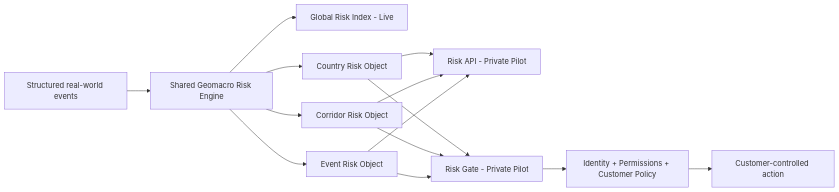
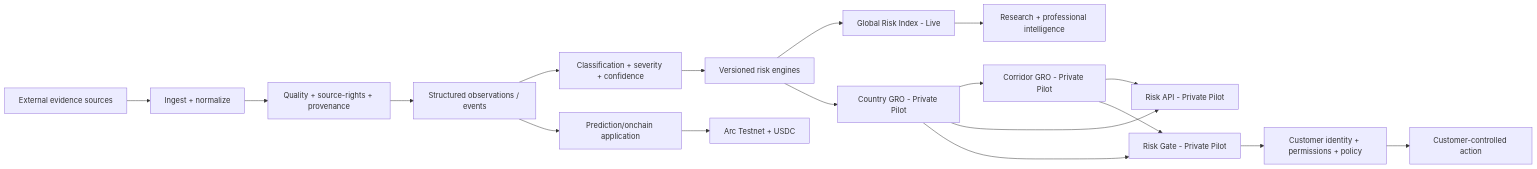
One commit to blocknine0/geomacro changed the first of 2 diagrams in README.md. Above: the diagram before and after it, drawn with Mermaid. The commit also changed other lines of this file, not shown here.

````diff
--- a/README.md
+++ b/README.md
@@ -106,16 +88,24 @@
 ```mermaid
 graph LR;
-    EVENTS["Structured real-world events"] --> ENGINE["Shared Geomacro Risk Engine"];
-    ENGINE --> GRI["Global Risk Index - Live"];
-    ENGINE --> COUNTRY["Country Risk Object"];
-    ENGINE --> CORRIDOR["Corridor Risk Object"];
-    ENGINE --> EVENTRISK["Event Risk Object"];
+    SOURCES["External evidence sources"] --> INGEST["Ingest + normalize"];
+    INGEST --> PROV["Quality + source-rights + provenance"];
+    PROV --> STRUCT["Structured observations / events"];
+    STRUCT --> CLASSIFY["Classification + severity + confidence"];
+    CLASSIFY --> RISK["Versioned risk engines"];
+
+    RISK --> GRI["Global Risk Index - Live"];
+    RISK --> COUNTRY["Country GRO - Private Pilot"];
+    COUNTRY --> CORRIDOR["Corridor GRO - Private Pilot"];
+
+    GRI --> HUMAN["Research + professional intelligence"];
     COUNTRY --> API["Risk API - Private Pilot"];
     CORRIDOR --> API;
-    EVENTRISK --> API;
     COUNTRY --> GATE["Risk Gate - Private Pilot"];
     CORRIDOR --> GATE;
-    EVENTRISK --> GATE;
-    GATE --> POLICY["Identity + Permissions + Customer Policy"];
+
+    GATE --> POLICY["Customer identity + permissions + policy"];
     POLICY --> ACTION["Customer-controlled action"];
+
+    STRUCT --> MARKET["Prediction/onchain application"];
+    MARKET --> ARC["Arc Testnet + USDC"];
 ```
````
